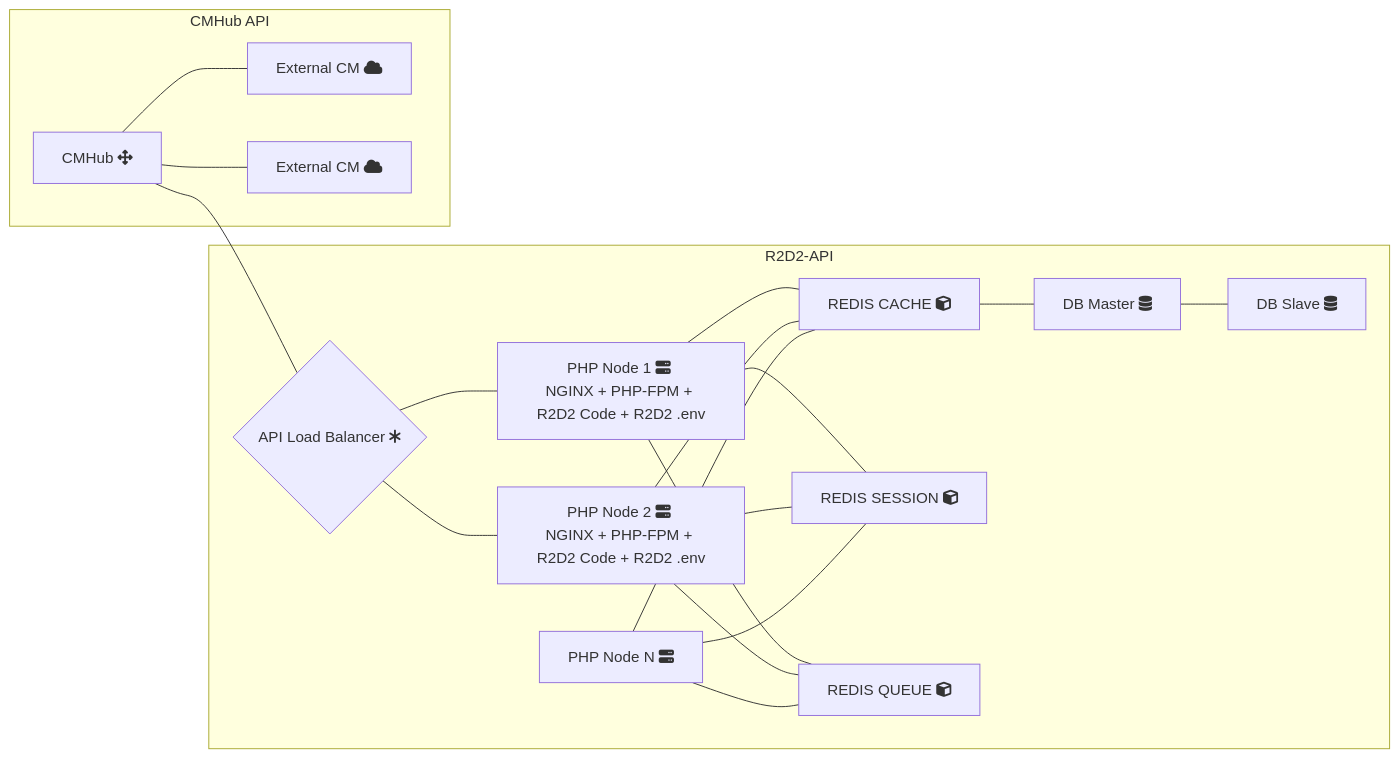
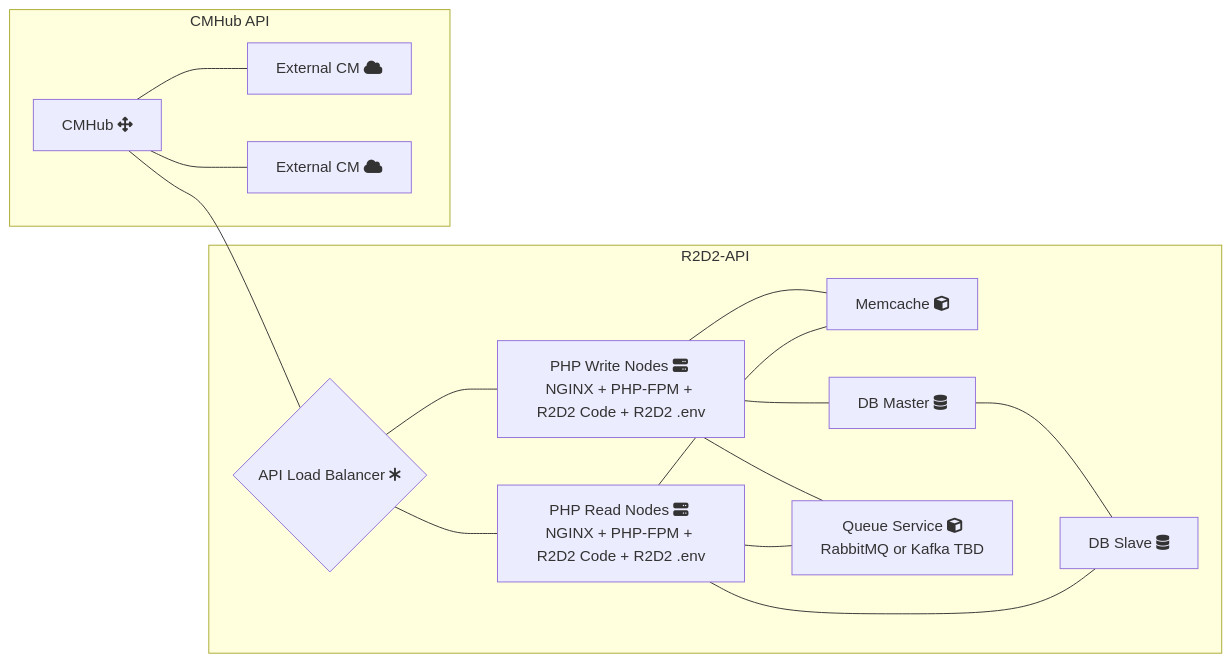
One commit to xwind1999/r2d2 changed the diagram in docs/architecture/diagram/high-level-architecture-prototype.mmd. Above: the diagram before and after it, drawn with Mermaid. The commit also changed 1 other file, not shown here.

Commit message:
Updating high level architecture diagram.

```diff
--- a/docs/architecture/diagram/high-level-architecture-prototype.mmd
+++ b/docs/architecture/diagram/high-level-architecture-prototype.mmd
@@ -1,22 +1,18 @@
 graph LR
 subgraph "R2D2-API"
-LBBE{API Load Balancer fa:fa-asterisk} --- PHP1[PHP Node 1 fa:fa-server <br>NGINX + PHP-FPM + R2D2 Code + R2D2 .env]
-LBBE --- PHP2[PHP Node 2 fa:fa-server <br>NGINX + PHP-FPM + R2D2 Code + R2D2 .env]
-PHP1 --- RC[REDIS CACHE fa:fa-cube]
+LBBE{API Load Balancer fa:fa-asterisk} --- PHP1[PHP Write Nodes fa:fa-server <br>NGINX + PHP-FPM + R2D2 Code + R2D2 .env]
+LBBE --- PHP2[PHP Read Nodes fa:fa-server <br>NGINX + PHP-FPM + R2D2 Code + R2D2 .env]
+PHP1 --- RC[Memcache fa:fa-cube]
 PHP2 --- RC
-PHPN[PHP Node N fa:fa-server] --- RC
-RC --- DBM[DB Master fa:fa-database]
+PHP1 --- DBM[DB Master fa:fa-database]
 DBM --- DBS[DB Slave fa:fa-database]
-PHP1 --- R[REDIS SESSION fa:fa-cube]
-PHP2 --- R
-PHPN --- R
-PHP1 --- RQ[REDIS QUEUE fa:fa-cube]
+PHP1 --- RQ[Queue Service fa:fa-cube <br>RabbitMQ or Kafka TBD]
 PHP2 --- RQ
-PHPN --- RQ
+PHP2 --- DBS
 end
 
 subgraph "CMHub API"
 CMHub[CMHub fa:fa-arrows-alt] --- XCMA[External CM fa:fa-cloud]
 CMHub --- XCMB[External CM fa:fa-cloud]
 CMHub --- LBBE
 end
```
